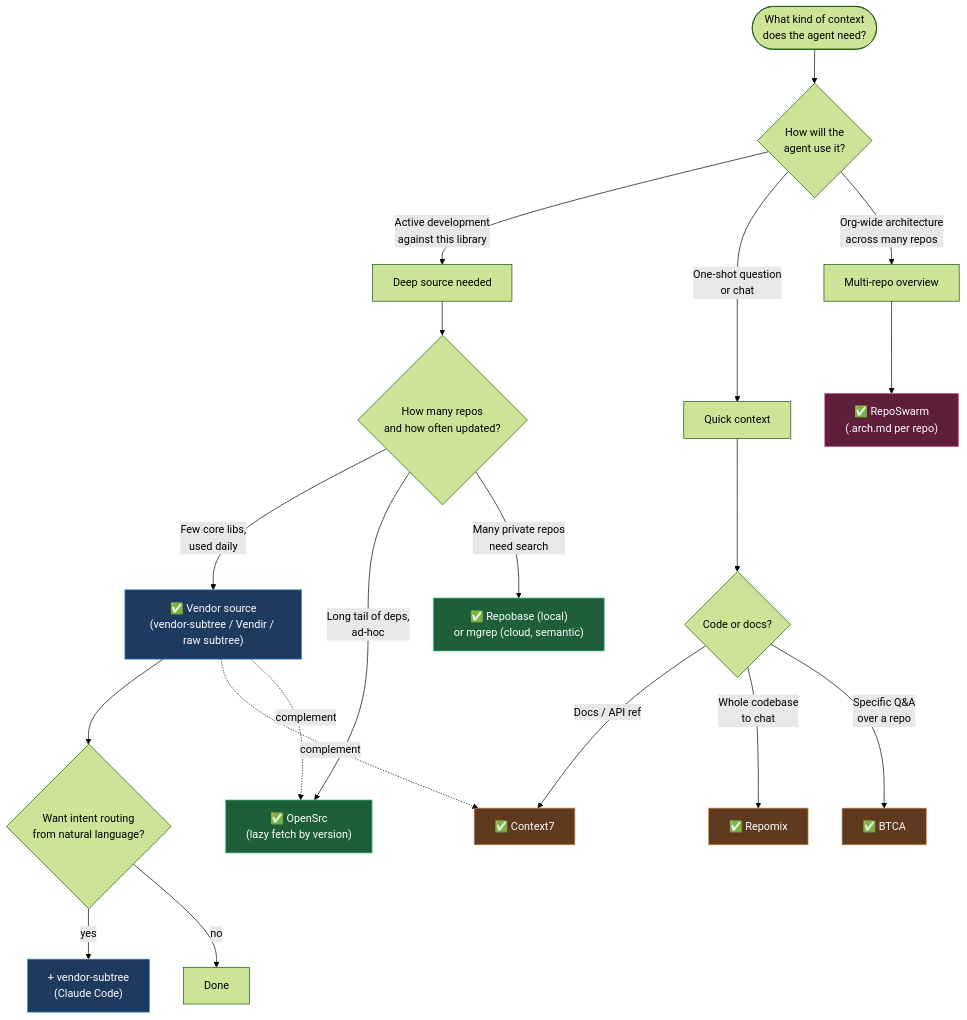
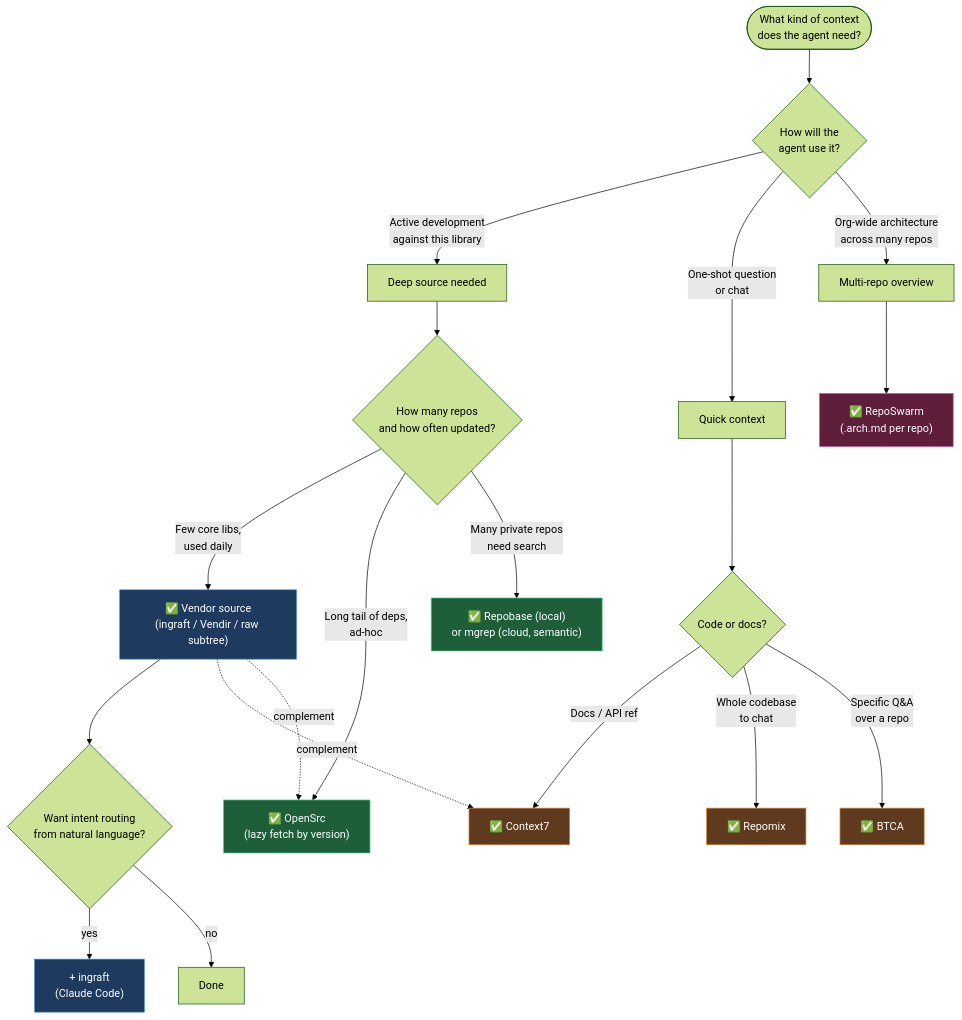
Diagram 12 of 14 in docs/comparison.mdx (gunta/ingraft), drawn with Mermaid (forest theme) before and after one commit. The commit also changed other lines of this file and 225 other files, not shown here.

First line of the commit message:
Refactor project to rename and transition from vendor-subtree to ingraft

````diff
--- a/docs/comparison.mdx
+++ b/docs/comparison.mdx
@@ -669,36 +676,36 @@
 ```mermaid
 flowchart TB
   Start(["What kind of context<br/>does the agent need?"]) --> Q1{"How will the<br/>agent use it?"}
 
   Q1 -->|"Active development<br/>against this library"| Deep["Deep source needed"]
   Q1 -->|"One-shot question<br/>or chat"| Quick["Quick context"]
   Q1 -->|"Org-wide architecture<br/>across many repos"| Org["Multi-repo overview"]
 
   Deep --> D1{"How many repos<br/>and how often updated?"}
-  D1 -->|"Few core libs,<br/>used daily"| Vendor["✅ Vendor source<br/>(vendor-subtree / Vendir / raw subtree)"]
+  D1 -->|"Few core libs,<br/>used daily"| Vendor["✅ Vendor source<br/>(ingraft / Vendir / raw subtree)"]
   D1 -->|"Long tail of deps,<br/>ad-hoc"| OnDemand["✅ OpenSrc<br/>(lazy fetch by version)"]
   D1 -->|"Many private repos<br/>need search"| Search["✅ Repobase (local)<br/>or mgrep (cloud, semantic)"]
 
   Quick --> Q2{"Code or docs?"}
   Q2 -->|"Docs / API ref"| Ctx7["✅ Context7"]
   Q2 -->|"Whole codebase<br/>to chat"| Repomix["✅ Repomix"]
   Q2 -->|"Specific Q&A<br/>over a repo"| BTCA["✅ BTCA"]
 
   Org --> RS["✅ RepoSwarm<br/>(.arch.md per repo)"]
 
   Vendor --> Skills{"Want intent routing<br/>from natural language?"}
-  Skills -->|"yes"| VS["+ vendor-subtree<br/>(Claude Code)"]
+  Skills -->|"yes"| VS["+ ingraft<br/>(Claude Code)"]
   Skills -->|"no"| Done["Done"]
 
   Vendor -.->|"complement"| Ctx7
   Vendor -.->|"complement"| OnDemand
 
   style Vendor fill:#1e3a5f,stroke:#4a90d9,color:#fff
   style VS fill:#1e3a5f,stroke:#4a90d9,color:#fff
   style OnDemand fill:#1e5f3a,stroke:#4ad990,color:#fff
   style Search fill:#1e5f3a,stroke:#4ad990,color:#fff
   style Ctx7 fill:#5f3a1e,stroke:#d9904a,color:#fff
   style Repomix fill:#5f3a1e,stroke:#d9904a,color:#fff
   style BTCA fill:#5f3a1e,stroke:#d9904a,color:#fff
   style RS fill:#5f1e3a,stroke:#d94a90,color:#fff
 ```
````
